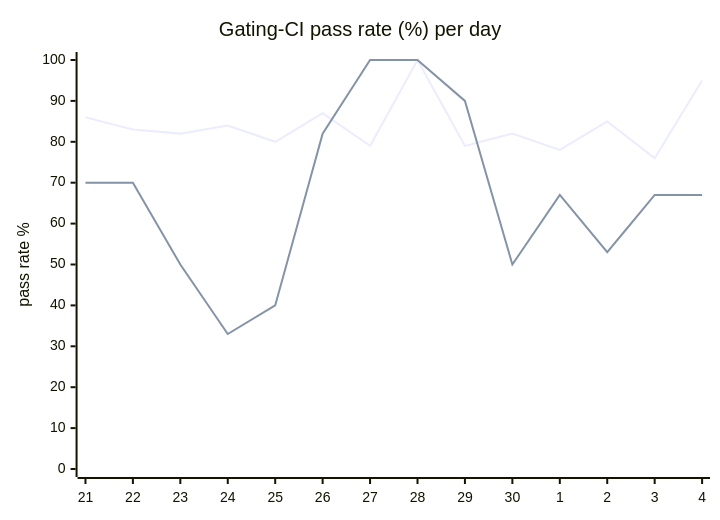
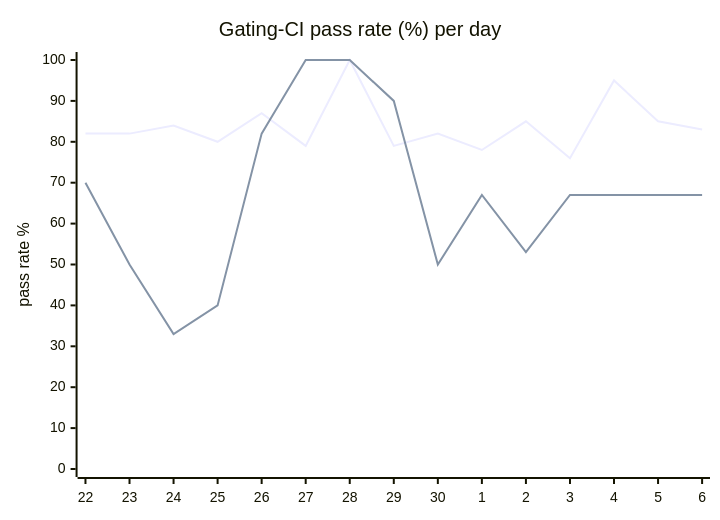
Before and after one commit to hatchet-dev/hatchet: the diagram in hack/ci/ci-dashboard/staging/issue.md, drawn with Mermaid. The commit also changed other lines of this file, not shown here.

````diff
--- a/hack/ci/ci-dashboard/staging/issue.md
+++ b/hack/ci/ci-dashboard/staging/issue.md
@@ -9,8 +9,8 @@
 ```mermaid
 xychart-beta
   title "Gating-CI pass rate (%) per day"
-  x-axis [21, 22, 23, 24, 25, 26, 27, 28, 29, 30, 1, 2, 3, 4]
+  x-axis [22, 23, 24, 25, 26, 27, 28, 29, 30, 1, 2, 3, 4, 5, 6]
   y-axis "pass rate %" 0 --> 100
-  line "CI" [86, 83, 82, 84, 80, 87, 79, 100, 79, 82, 78, 85, 76, 95]
-  line "main" [70, 70, 50, 33, 40, 82, 100, 100, 90, 50, 67, 53, 67, 67]
+  line "CI" [82, 82, 84, 80, 87, 79, 100, 79, 82, 78, 85, 76, 95, 85, 83]
+  line "main" [70, 50, 33, 40, 82, 100, 100, 90, 50, 67, 53, 67, 67, 67, 67]
 ```
````
